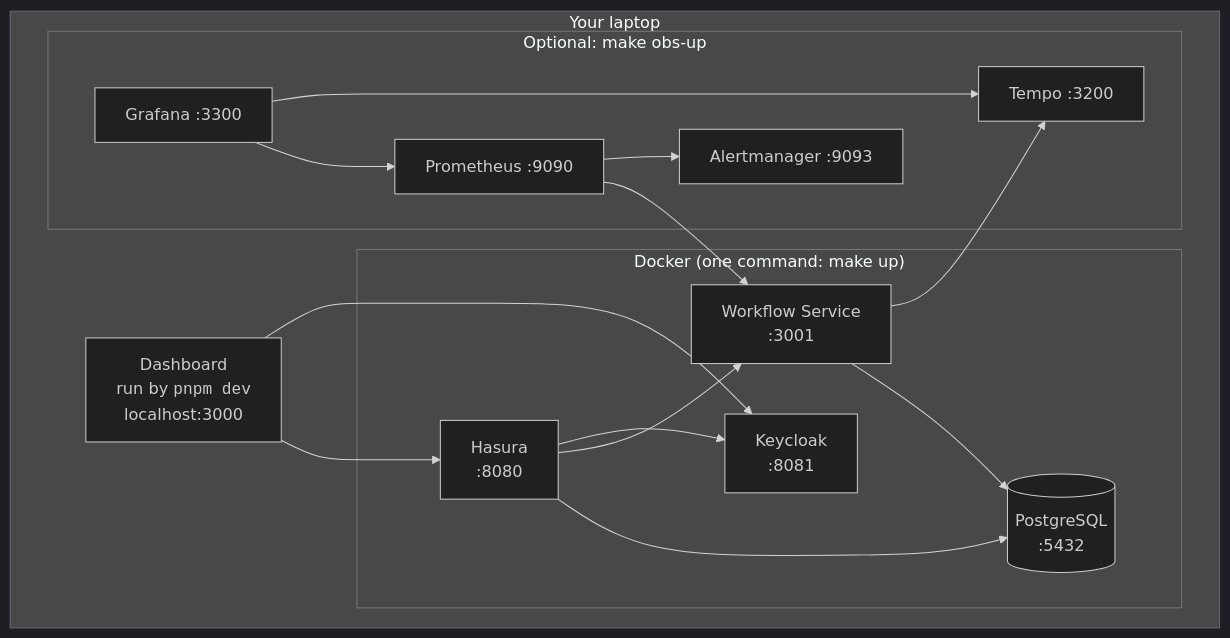
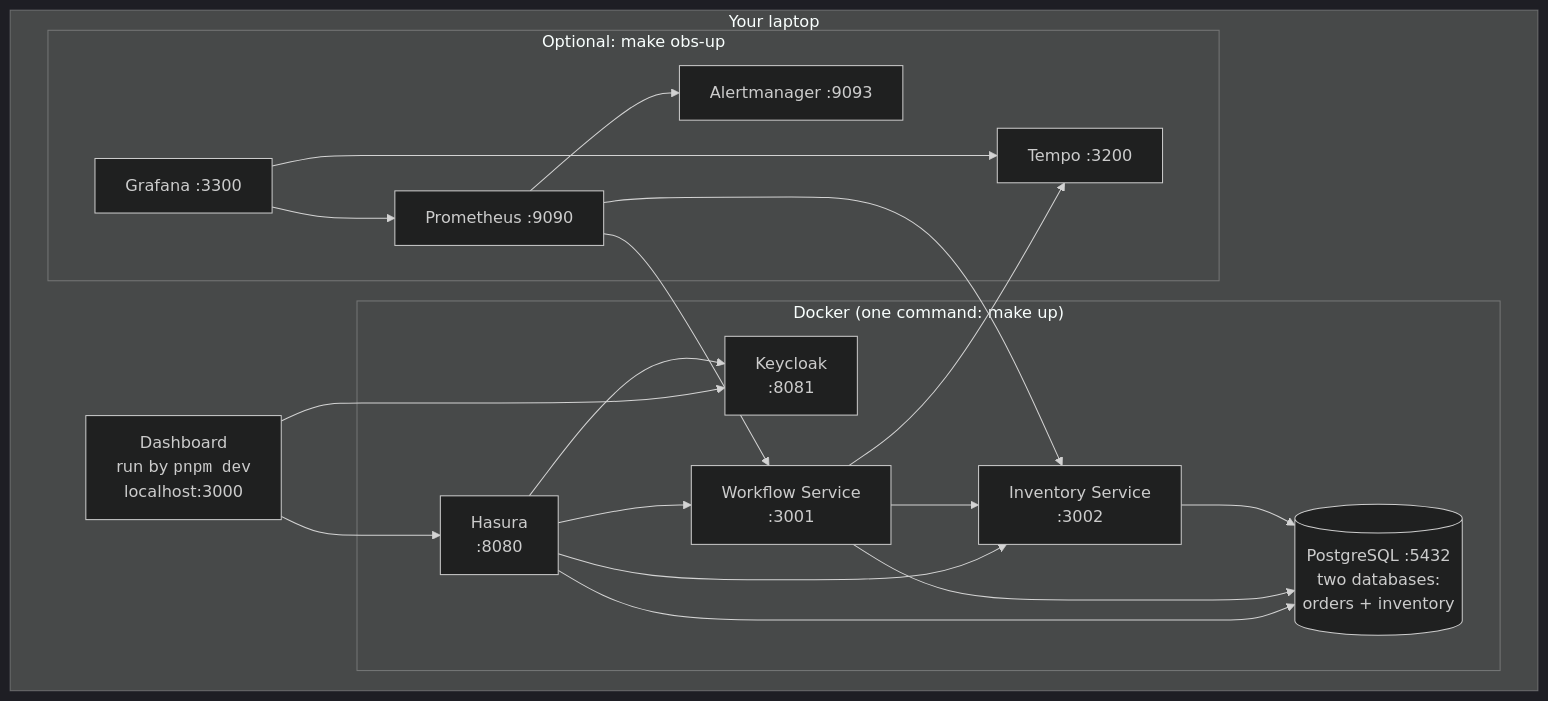
One commit to harishbala1o/ecommerce-orderflow changed diagram 12 of 16 in docs/ARCHITECTURE.md. Above: the diagram before and after it, drawn with Mermaid (dark theme). The commit also changed other lines of this file and 12 other files, not shown here.

````diff
--- a/docs/ARCHITECTURE.md
+++ b/docs/ARCHITECTURE.md
@@ -754,29 +923,34 @@
 ```mermaid
 flowchart TB
     subgraph LAPTOP["Your laptop"]
         DEV["Dashboard<br/>run by <code>pnpm dev</code><br/>localhost:3000"]
         subgraph DOCKER["Docker (one command: make up)"]
             K["Keycloak<br/>:8081"]
             HH["Hasura<br/>:8080"]
             WW["Workflow Service<br/>:3001"]
-            PP[("PostgreSQL<br/>:5432")]
+            II["Inventory Service<br/>:3002"]
+            PP[("PostgreSQL :5432<br/>two databases:<br/>orders + inventory")]
         end
         subgraph OPT["Optional: make obs-up"]
             PR["Prometheus :9090"]
             TE["Tempo :3200"]
             AL["Alertmanager :9093"]
             GR["Grafana :3300"]
         end
     end
     DEV --> HH
     DEV --> K
     HH --> PP
     HH --> WW
+    HH --> II
+    WW --> II
     WW --> PP
+    II --> PP
     HH --> K
     PR --> WW
+    PR --> II
     WW --> TE
     GR --> PR
     GR --> TE
     PR --> AL
 ```
````
